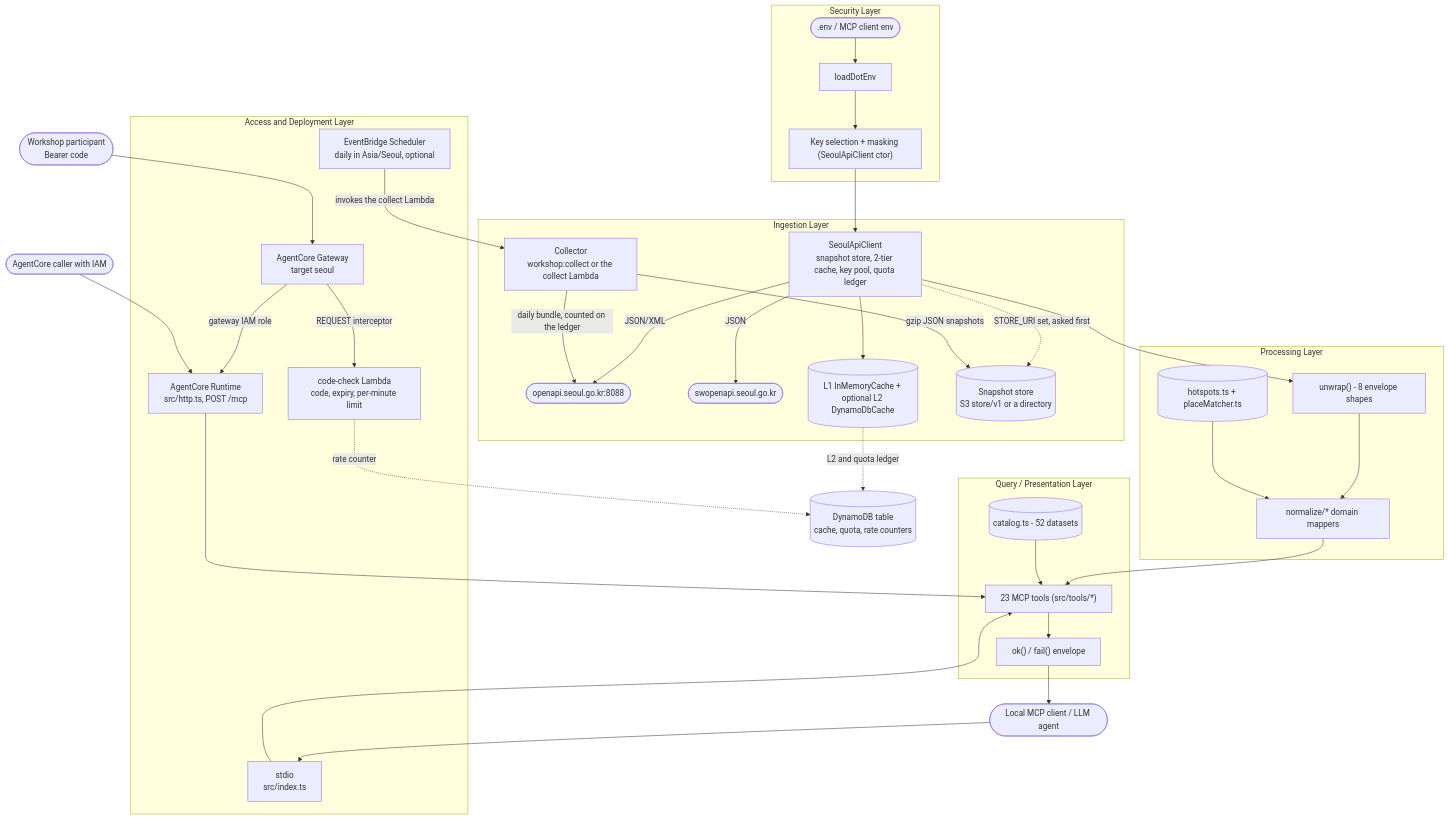
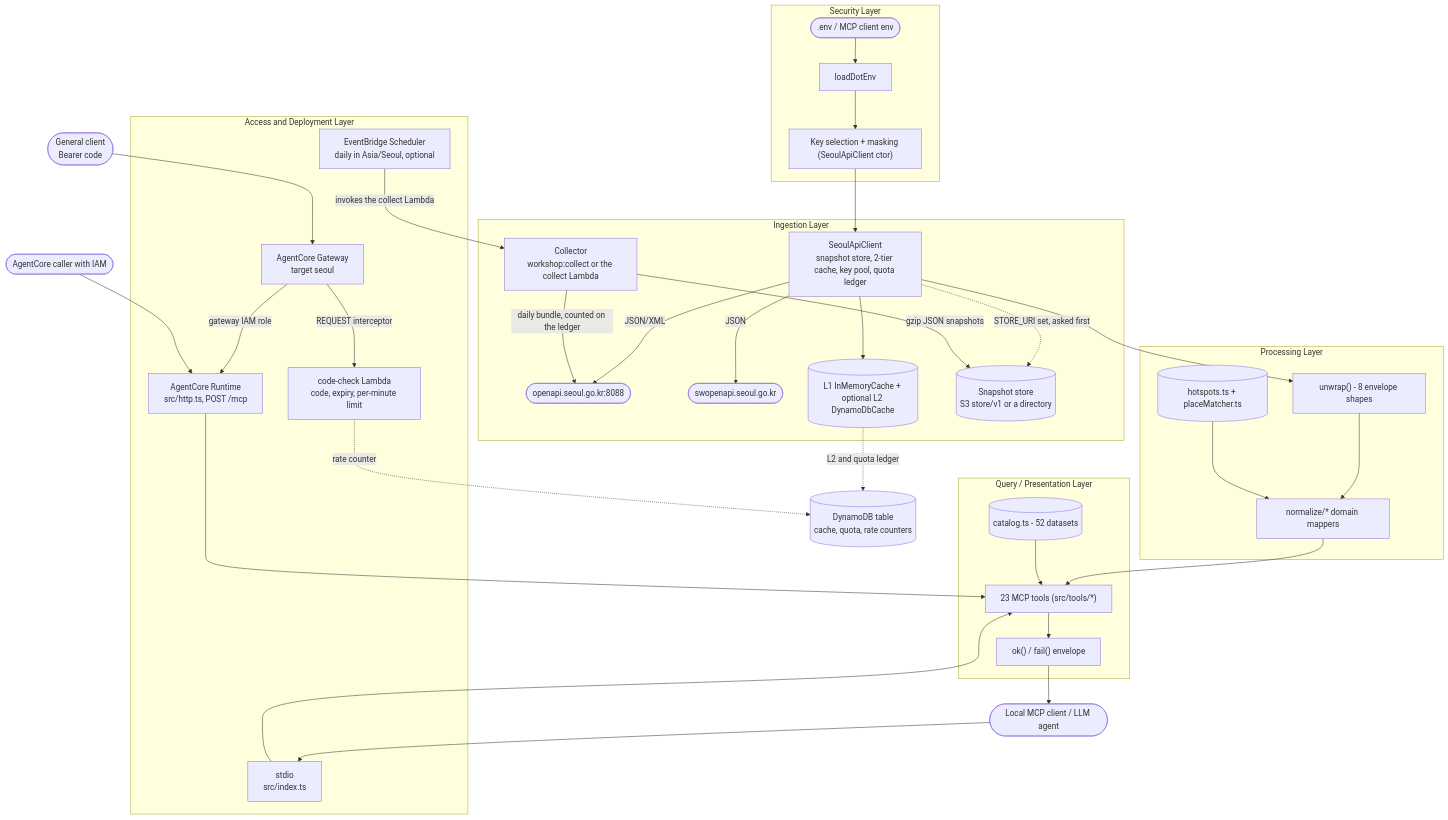
The first of 4 diagrams in docs/architecture.md (whchoi98/seoul-opendata-mcp), drawn with Mermaid before and after one commit. The commit also changed other lines of this file and 28 other files, not shown here.

````diff
--- a/docs/architecture.md
+++ b/docs/architecture.md
@@ -65,49 +65,49 @@
 ```mermaid
 flowchart TB
   subgraph security[Security Layer]
     ENVFILE([".env / MCP client env"]) --> LOADENV[loadDotEnv]
     LOADENV --> KEYSEL["Key selection + masking (SeoulApiClient ctor)"]
   end
   subgraph ingestion[Ingestion Layer]
     KEYSEL --> CLIENT["SeoulApiClient<br/>snapshot store, 2-tier cache, key pool, quota ledger"]
     CLIENT -->|"JSON/XML"| OPENAPI(["openapi.seoul.go.kr:8088"])
     CLIENT -->|"JSON"| SUBWAYAPI(["swopenapi.seoul.go.kr"])
     CLIENT --> CACHE[("L1 InMemoryCache + optional L2 DynamoDbCache")]
     CLIENT -.->|"STORE_URI set, asked first"| STORE[("Snapshot store<br/>S3 store/v1 or a directory")]
     COLLECTOR["Collector<br/>workshop:collect or the collect Lambda"] -->|"gzip JSON snapshots"| STORE
     COLLECTOR -->|"daily bundle, counted on the ledger"| OPENAPI
   end
   subgraph processing[Processing Layer]
     UNWRAP["unwrap() - 8 envelope shapes"]
     NORMALIZE["normalize/* domain mappers"]
     HOTSPOTS[("hotspots.ts + placeMatcher.ts")]
     CLIENT --> UNWRAP --> NORMALIZE
     HOTSPOTS --> NORMALIZE
   end
   subgraph query[Query / Presentation Layer]
     TOOLS["23 MCP tools (src/tools/*)"]
     ENVELOPE["ok() / fail() envelope"]
     CATALOG[("catalog.ts - 52 datasets")]
     NORMALIZE --> TOOLS
     CATALOG --> TOOLS
     TOOLS --> ENVELOPE
   end
   subgraph access[Access and Deployment Layer]
     STDIO["stdio<br/>src/index.ts"]
     GATEWAY["AgentCore Gateway<br/>target seoul"]
     INTERCEPTOR["code-check Lambda<br/>code, expiry, per-minute limit"]
     RUNTIME["AgentCore Runtime<br/>src/http.ts, POST /mcp"]
     SCHEDULE["EventBridge Scheduler<br/>daily in Asia/Seoul, optional"]
     GATEWAY -->|"REQUEST interceptor"| INTERCEPTOR
     GATEWAY -->|"gateway IAM role"| RUNTIME
   end
   TABLE[("DynamoDB table<br/>cache, quota, rate counters")]
   AGENT(["Local MCP client / LLM agent"]) --> STDIO --> TOOLS
   CALLER(["AgentCore caller with IAM"]) --> RUNTIME
-  PARTICIPANT(["Workshop participant<br/>Bearer code"]) --> GATEWAY
+  PARTICIPANT(["General client<br/>Bearer code"]) --> GATEWAY
   RUNTIME --> TOOLS
   CACHE -.->|"L2 and quota ledger"| TABLE
   INTERCEPTOR -.->|"rate counter"| TABLE
   SCHEDULE -->|"invokes the collect Lambda"| COLLECTOR
   ENVELOPE --> AGENT
 ```
````
